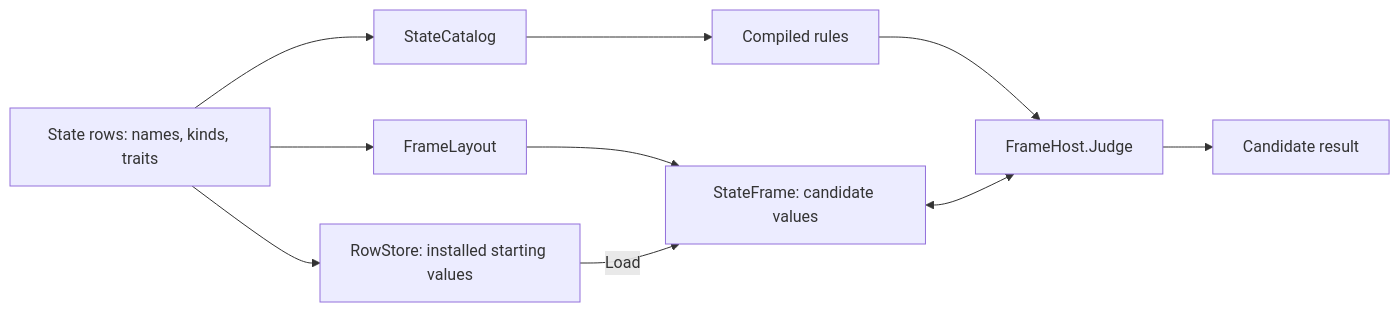
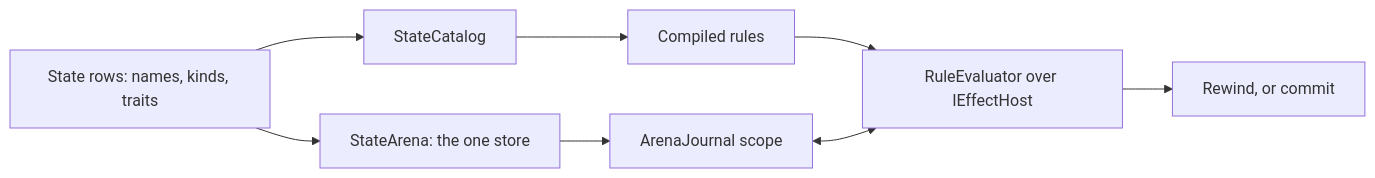
The diagram in docs/reference/state/frames.md (ByteTerrace/Puck), drawn with Mermaid before and after one commit. The commit also changed other lines of this file and 1500 other files, not shown here.

````diff
--- a/docs/reference/state/frames.md
+++ b/docs/reference/state/frames.md
@@ -10,12 +10,10 @@
 ```mermaid
 flowchart LR
     Rows["State rows: names, kinds, traits"] --> Catalog["StateCatalog"]
-    Rows --> Layout["FrameLayout"]
-    Rows --> Store["RowStore: installed starting values"]
-    Layout --> Frame["StateFrame: candidate values"]
-    Store -- Load --> Frame
+    Rows --> Arena["StateArena: the one store"]
     Catalog --> Rules["Compiled rules"]
-    Rules --> Host["FrameHost.Judge"]
-    Frame <--> Host
-    Host --> Result["Candidate result"]
+    Arena --> Scope["ArenaJournal scope"]
+    Rules --> Host["RuleEvaluator over IEffectHost"]
+    Scope <--> Host
+    Host --> Result["Rewind, or commit"]
 ```
````
